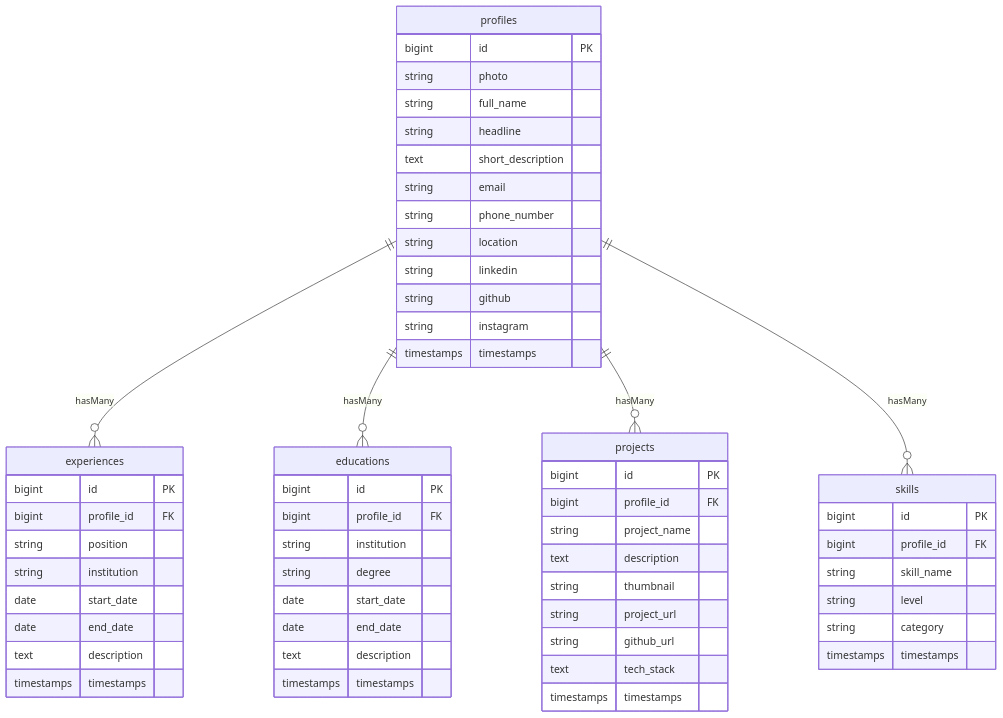
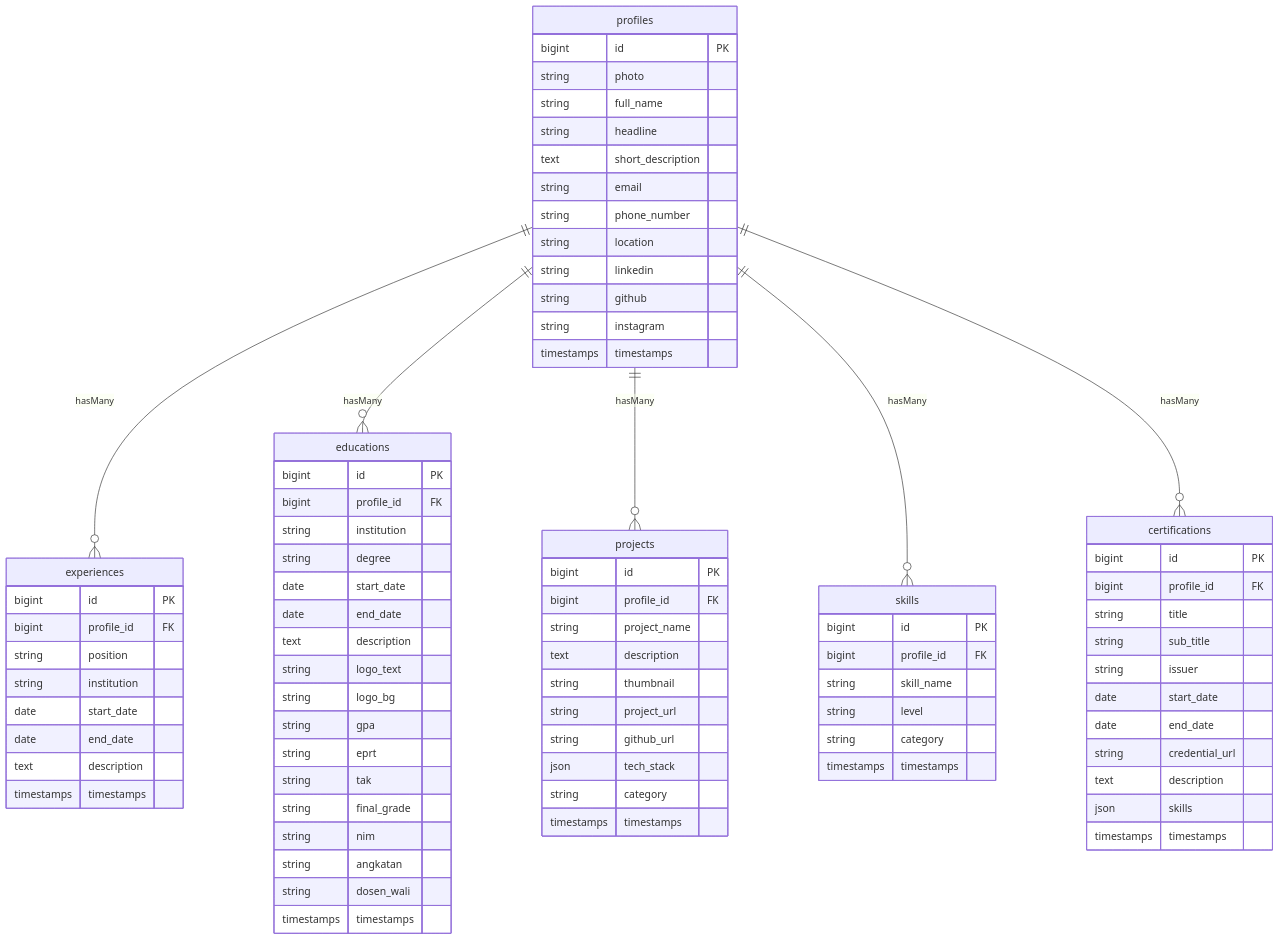
One commit to VinyleDoesCode/porto changed the diagram in README.md. Above: the diagram before and after it, drawn with Mermaid. The commit also changed other lines of this file, not shown here.

Commit message:
docs: update README database schema and certifications module details

````diff
--- a/README.md
+++ b/README.md
@@ -86,6 +86,7 @@
     profiles ||--o{ educations : hasMany
     profiles ||--o{ projects : hasMany
     profiles ||--o{ skills : hasMany
+    profiles ||--o{ certifications : hasMany
 
     profiles {
         bigint id PK
@@ -121,6 +122,15 @@
         date start_date
         date end_date
         text description
+        string logo_text
+        string logo_bg
+        string gpa
+        string eprt
+        string tak
+        string final_grade
+        string nim
+        string angkatan
+        string dosen_wali
         timestamps timestamps
     }
 
@@ -132,7 +142,8 @@
         string thumbnail
         string project_url
         string github_url
-        text tech_stack
+        json tech_stack
+        string category
         timestamps timestamps
     }
 
@@ -144,4 +155,18 @@
         string category
         timestamps timestamps
     }
+
+    certifications {
+        bigint id PK
+        bigint profile_id FK
+        string title
+        string sub_title
+        string issuer
+        date start_date
+        date end_date
+        string credential_url
+        text description
+        json skills
+        timestamps timestamps
+    }
 ```
````
